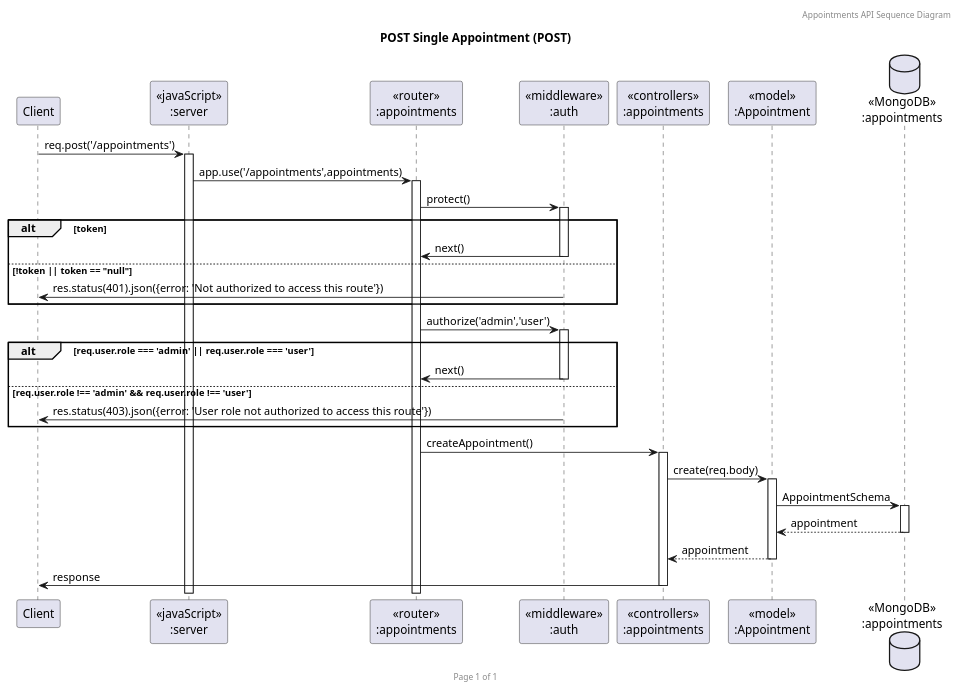
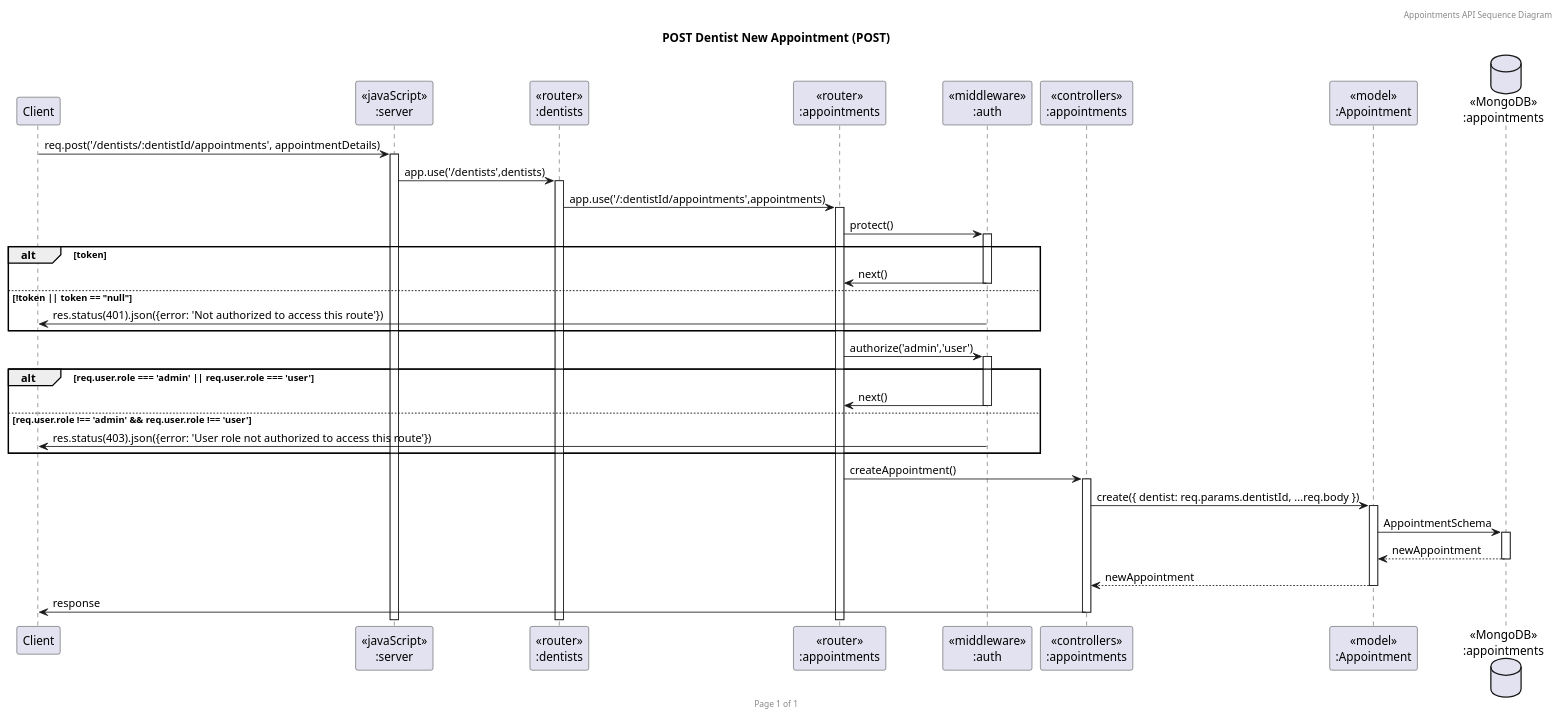
One commit to IamMrTeapot/BackendClass changed the diagram in plant-uml/sequence-diagrams/appointments/CreateSingleAppointment.puml. Above: the diagram before and after it, drawn with PlantUML. The commit also changed 3 other files, not shown here.

```diff
--- a/plant-uml/sequence-diagrams/appointments/CreateSingleAppointment.puml
+++ b/plant-uml/sequence-diagrams/appointments/CreateSingleAppointment.puml
@@ -1,36 +1,38 @@
-@startuml POST Single Appointment (POST)
+@startuml POST Dentist New Appointment (POST)
 
 header Appointments API Sequence Diagram
 footer Page %page% of %lastpage%
-title "POST Single Appointment (POST)"
+title "POST Dentist New Appointment (POST)"
 
 participant "Client" as client
 participant "<<javaScript>>\n:server" as server
+participant "<<router>>\n:dentists" as routerDentists
 participant "<<router>>\n:appointments" as routerAppointments
 participant "<<middleware>>\n:auth" as middlewareAuth
 participant "<<controllers>>\n:appointments" as controllersAppointments
 participant "<<model>>\n:Appointment" as modelAppointment
 database "<<MongoDB>>\n:appointments" as AppointmentsDatabase
 
-client->server ++:req.post('/appointments')
-server->routerAppointments ++:app.use('/appointments',appointments)
+client->server ++:req.post('/dentists/:dentistId/appointments', appointmentDetails)
+server->routerDentists ++:app.use('/dentists',dentists)
+routerDentists->routerAppointments ++:app.use('/:dentistId/appointments',appointments)
 routerAppointments -> middlewareAuth ++:protect()
 alt token
     middlewareAuth -> routerAppointments --:next()
 else !token || token == "null"
     middlewareAuth -> client --:res.status(401).json({error: 'Not authorized to access this route'})
 end
 routerAppointments -> middlewareAuth ++:authorize('admin','user')
 alt req.user.role === 'admin' || req.user.role === 'user'
     middlewareAuth -> routerAppointments --:next()
 else req.user.role !== 'admin' && req.user.role !== 'user'
     middlewareAuth -> client --:res.status(403).json({error: 'User role not authorized to access this route'})
 end
 routerAppointments -> controllersAppointments ++:createAppointment()
-controllersAppointments->modelAppointment ++:create(req.body)
+controllersAppointments->modelAppointment ++:create({ dentist: req.params.dentistId, ...req.body })
 modelAppointment ->AppointmentsDatabase ++: AppointmentSchema
-AppointmentsDatabase --> modelAppointment --: appointment
-controllersAppointments <-- modelAppointment --:appointment
+AppointmentsDatabase --> modelAppointment --: newAppointment
+controllersAppointments <-- modelAppointment --:newAppointment
 controllersAppointments->client --:response
 
 @enduml
```
